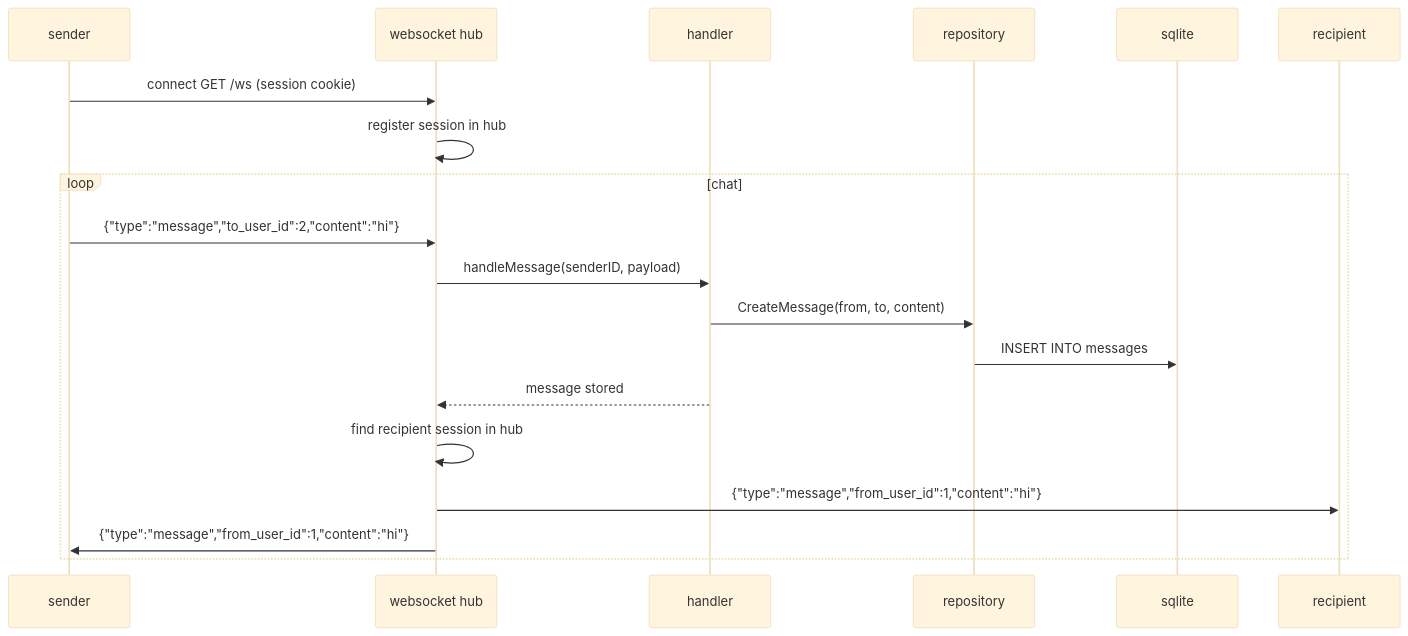
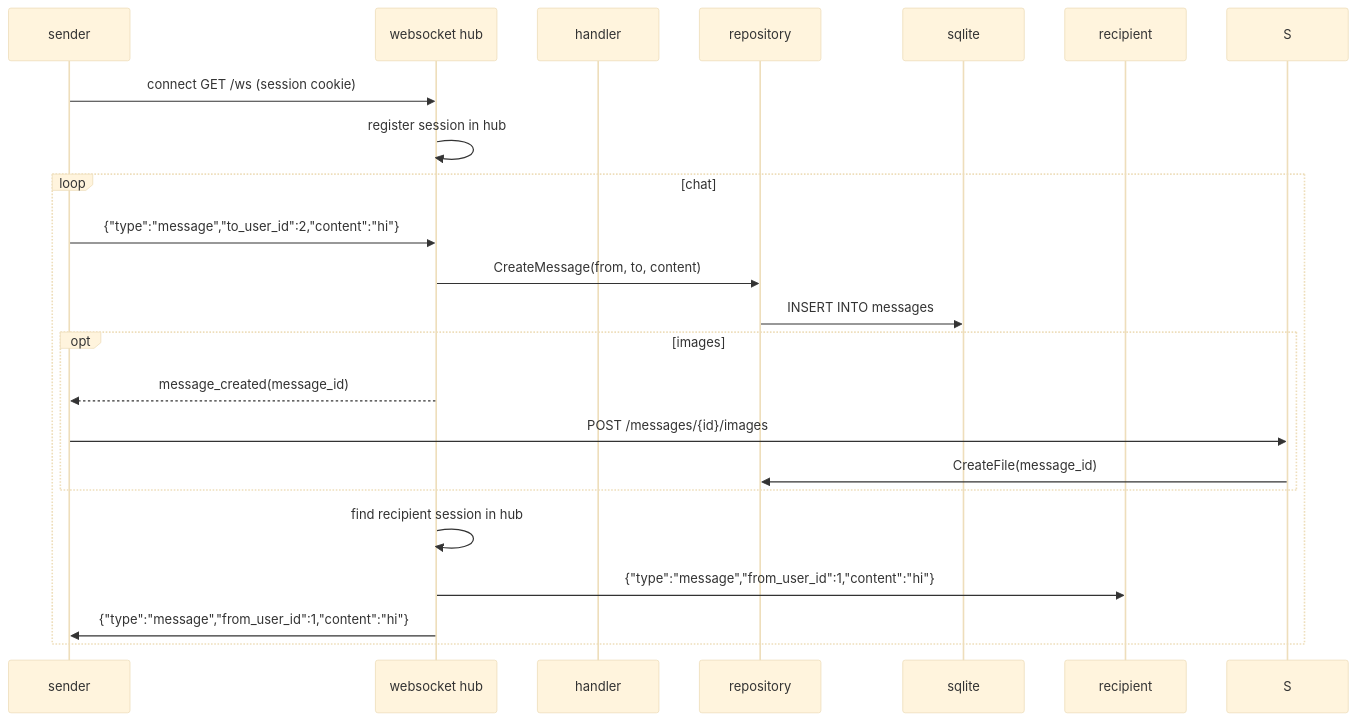
One commit to chentaymane/Social changed the eighth of 9 diagrams in backend/readme.md. Above: the diagram before and after it, drawn with Mermaid (base theme). The commit also changed other lines of this file and 9 other files, not shown here.

Commit message:
fixing messages websocket and http handle

````diff
--- a/backend/readme.md
+++ b/backend/readme.md
@@ -313,22 +314,25 @@
 ```mermaid
 sequenceDiagram
     participant C1 as sender
     participant WS as websocket hub
     participant H as handler
     participant R as repository
     participant DB as sqlite
     participant C2 as recipient
 
     C1->>WS: connect GET /ws (session cookie)
     WS->>WS: register session in hub
     loop chat
         C1->>WS: {"type":"message","to_user_id":2,"content":"hi"}
-        WS->>H: handleMessage(senderID, payload)
-        H->>R: CreateMessage(from, to, content)
+        WS->>R: CreateMessage(from, to, content)
         R->>DB: INSERT INTO messages
-        H-->>WS: message stored
+        opt images
+            WS-->>C1: message_created(message_id)
+            C1->>S: POST /messages/{id}/images
+            S->>R: CreateFile(message_id)
+        end
         WS->>WS: find recipient session in hub
         WS->>C2: {"type":"message","from_user_id":1,"content":"hi"}
         WS->>C1: {"type":"message","from_user_id":1,"content":"hi"}
     end
 ```
````
